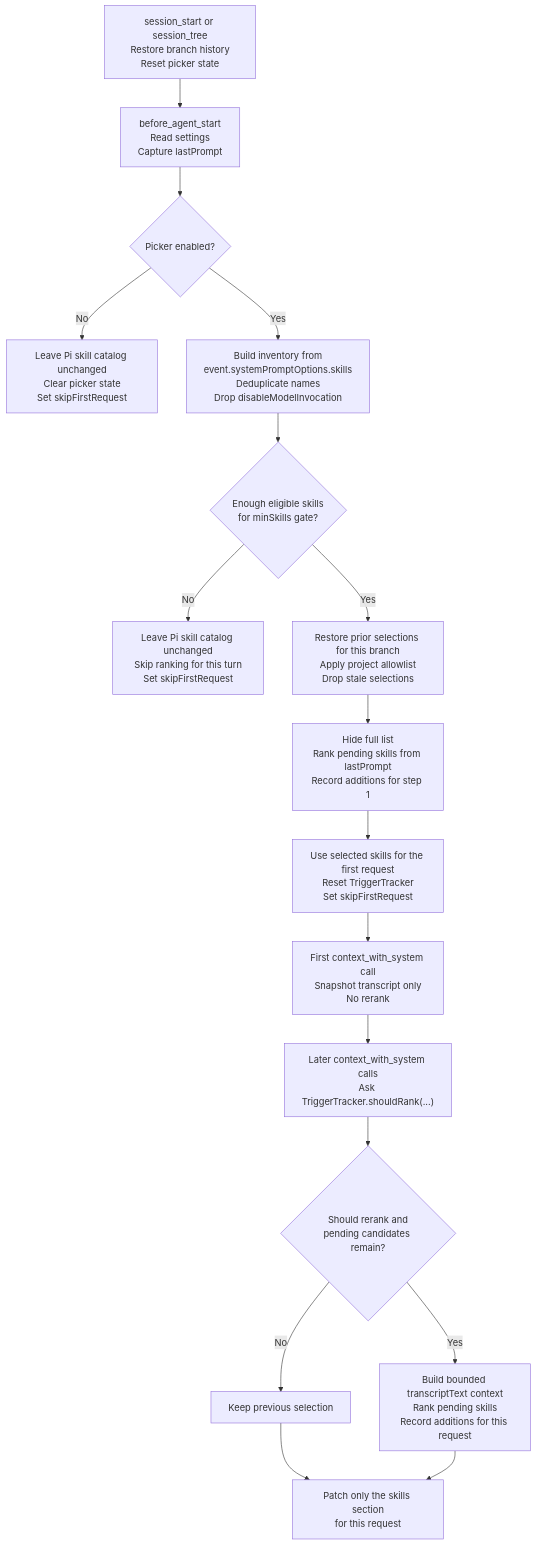
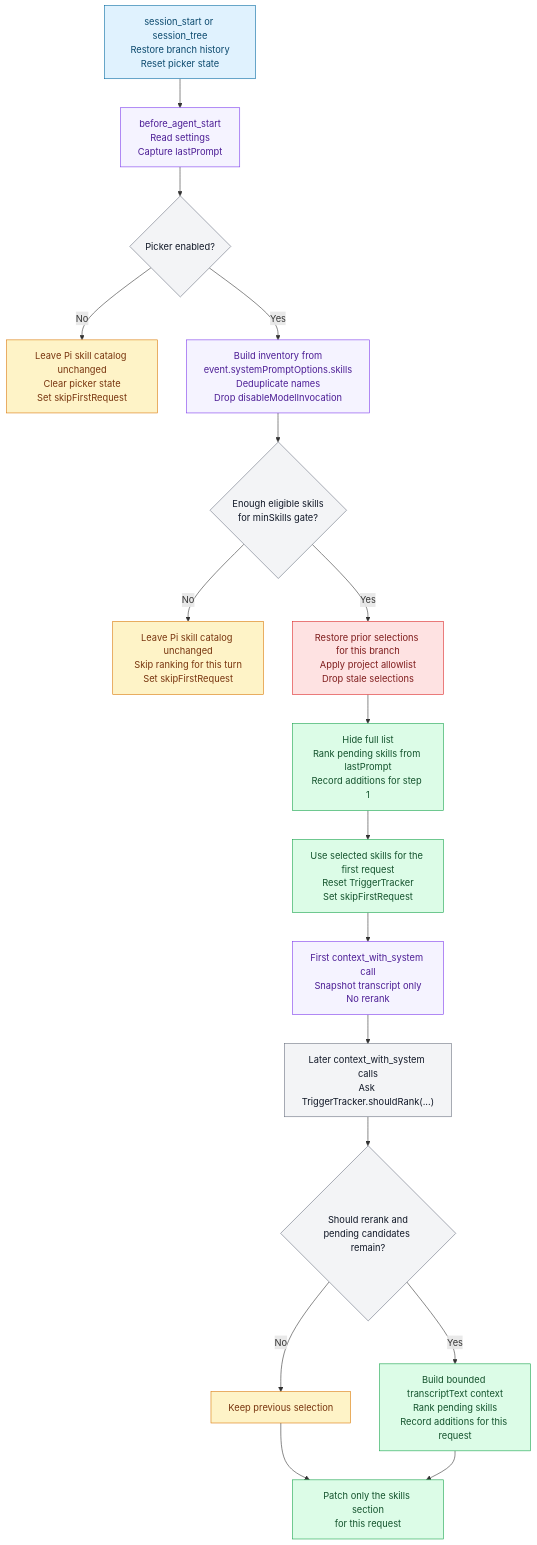
One commit to championswimmer/pi-skill-picker-jev changed the first of 4 diagrams in docs/how-skill-picker-works.md. Above: the diagram before and after it, drawn with Mermaid. The commit also changed other lines of this file, not shown here.

Commit message:
docs: color and validate how-it-works Mermaid diagrams

````diff
--- a/docs/how-skill-picker-works.md
+++ b/docs/how-skill-picker-works.md
@@ -24,19 +26,33 @@
 ```mermaid
 flowchart TD
   A["session_start or session_tree\nRestore branch history\nReset picker state"] --> B["before_agent_start\nRead settings\nCapture lastPrompt"]
   B --> C{"Picker enabled?"}
   C -->|No| D["Leave Pi skill catalog unchanged\nClear picker state\nSet skipFirstRequest"]
   C -->|Yes| E["Build inventory from\nevent.systemPromptOptions.skills\nDeduplicate names\nDrop disableModelInvocation"]
   E --> F{"Enough eligible skills\nfor minSkills gate?"}
   F -->|No| G["Leave Pi skill catalog unchanged\nSkip ranking for this turn\nSet skipFirstRequest"]
   F -->|Yes| H["Restore prior selections for this branch\nApply project allowlist\nDrop stale selections"]
   H --> I["Hide full list\nRank pending skills from lastPrompt\nRecord additions for step 1"]
   I --> J["Use selected skills for the first request\nReset TriggerTracker\nSet skipFirstRequest"]
   J --> K["First context_with_system call\nSnapshot transcript only\nNo rerank"]
   K --> L["Later context_with_system calls\nAsk TriggerTracker.shouldRank(...)"]
   L --> M{"Should rerank and\npending candidates remain?"}
   M -->|No| N["Keep previous selection"]
   M -->|Yes| O["Build bounded transcriptText context\nRank pending skills\nRecord additions for this request"]
   N --> P["Patch only the skills section\nfor this request"]
   O --> P
+
+  classDef input fill:#E0F2FE,stroke:#0369A1,color:#0C4A6E;
+  classDef control fill:#F5F3FF,stroke:#7C3AED,color:#4C1D95;
+  classDef policy fill:#F3F4F6,stroke:#6B7280,color:#111827;
+  classDef active fill:#DCFCE7,stroke:#16A34A,color:#14532D;
+  classDef bypass fill:#FEF3C7,stroke:#D97706,color:#78350F;
+  classDef persist fill:#FEE2E2,stroke:#DC2626,color:#7F1D1D;
+
+  class A input;
+  class B,E,K control;
+  class C,F,L,M policy;
+  class D,G,N bypass;
+  class H persist;
+  class I,J,O,P active;
 ```
````
